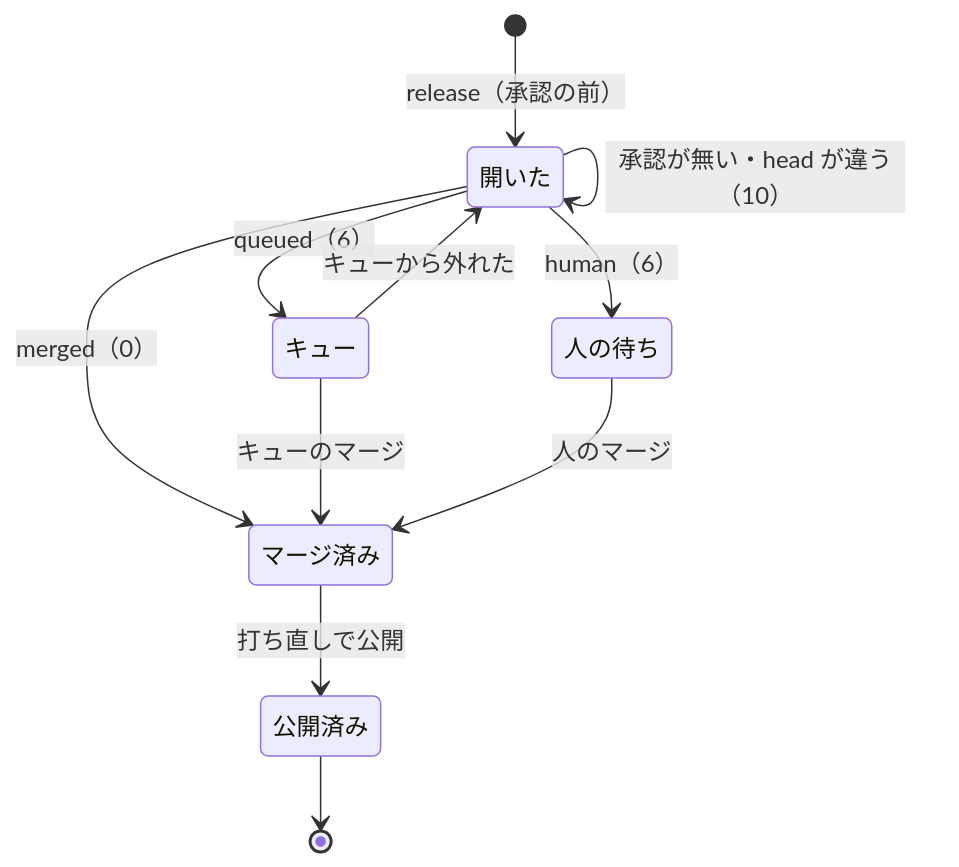
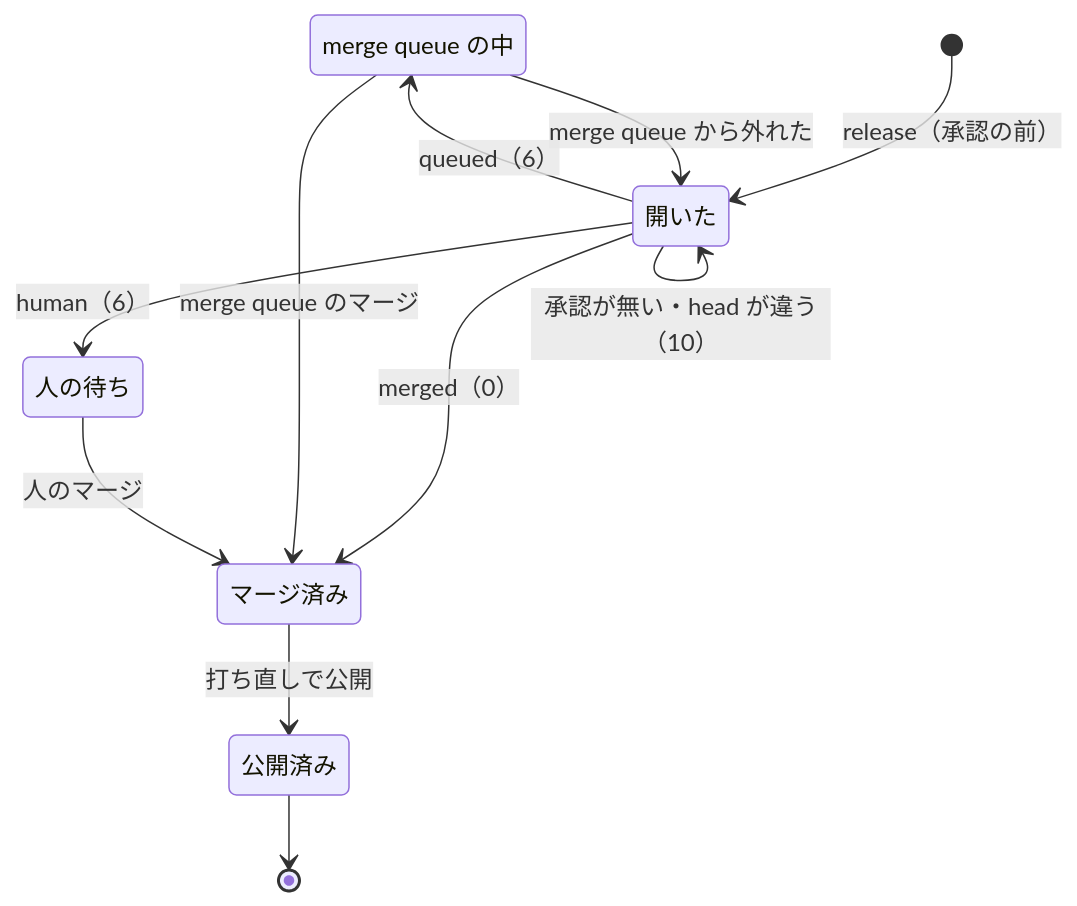
The fourth of 5 diagrams in issues/issue-3703-design.md (devbasex/ai-plugins), drawn with Mermaid before and after one commit. The commit also changed other lines of this file and 2 other files, not shown here.

First line of the commit message:
Docs: #3703 の設計文書の長い文と章を分け、merge queue と NDF のキューを呼び分ける

````diff
--- a/issues/issue-3703-design.md
+++ b/issues/issue-3703-design.md
@@ -316,13 +320,14 @@
 ```mermaid
 stateDiagram-v2
+  state "merge queue の中" as MQ
   [*] --> 開いた: release（承認の前）
   開いた --> 開いた: 承認が無い・head が違う（10）
-  開いた --> キュー: queued（6）
+  開いた --> MQ: queued（6）
   開いた --> 人の待ち: human（6）
   開いた --> マージ済み: merged（0）
-  キュー --> マージ済み: キューのマージ
-  キュー --> 開いた: キューから外れた
+  MQ --> マージ済み: merge queue のマージ
+  MQ --> 開いた: merge queue から外れた
   人の待ち --> マージ済み: 人のマージ
   マージ済み --> 公開済み: 打ち直しで公開
   公開済み --> [*]
 ```
````
